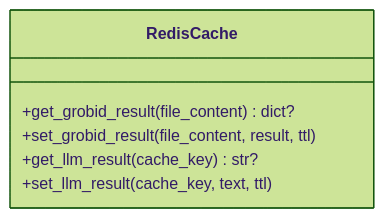
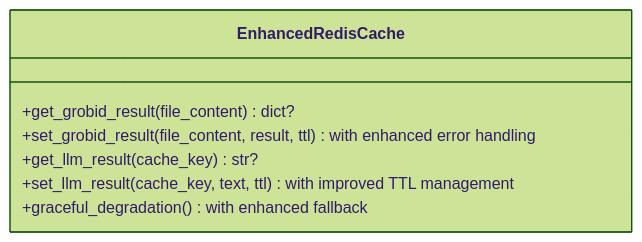
The eighth of 9 diagrams in .qoder/repowiki/en/content/Backend Development/Real-time Communication.md (rohitkumarnaidu/-Auto-AI-Automated-Academic-Docx-Manuscript-Formatter), drawn with Mermaid (forest theme) before and after one commit. The commit also changed other lines of this file and 6 other files, not shown here.

````diff
--- a/.qoder/repowiki/en/content/Backend Development/Real-time Communication.md
+++ b/.qoder/repowiki/en/content/Backend Development/Real-time Communication.md
@@ -287,9 +301,10 @@
 ```mermaid
 classDiagram
-class RedisCache {
+class EnhancedRedisCache {
 +get_grobid_result(file_content) dict?
-+set_grobid_result(file_content, result, ttl)
++set_grobid_result(file_content, result, ttl) with enhanced error handling
 +get_llm_result(cache_key) str?
-+set_llm_result(cache_key, text, ttl)
++set_llm_result(cache_key, text, ttl) with improved TTL management
++graceful_degradation() with enhanced fallback
 }
 ```
````
